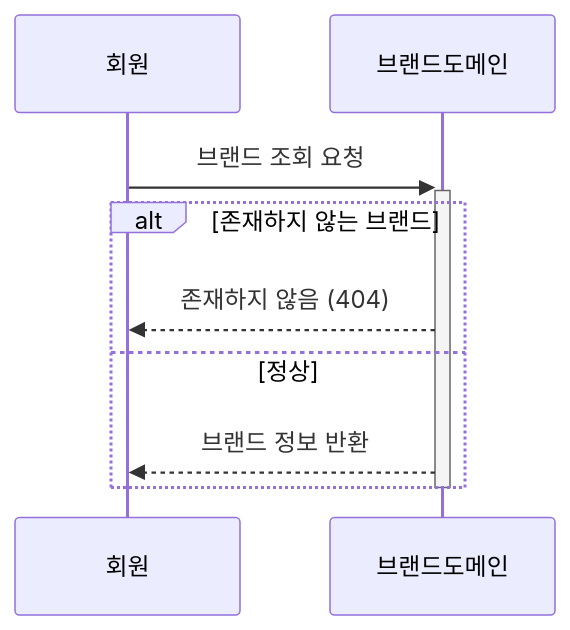
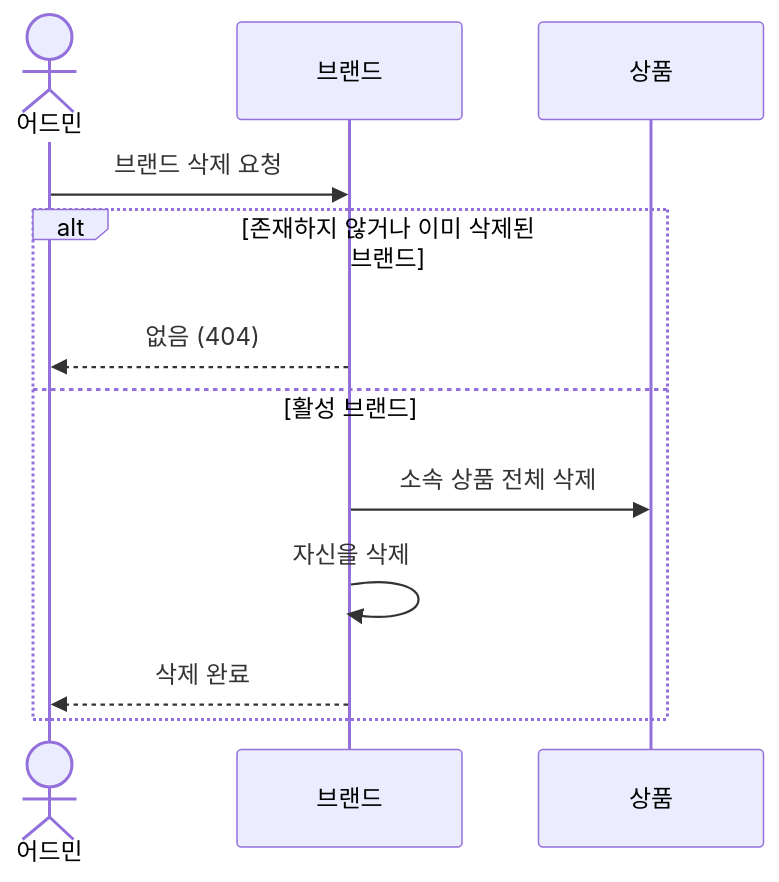
Before and after one commit to loopers-labs/loop-pack-be-l2-vol4-java: the first of 6 diagrams in docs/week2/02-sequence-diagrams.md, drawn with Mermaid. The commit also changed other lines of this file and 1 other file, not shown here.

````diff
--- a/docs/week2/02-sequence-diagrams.md
+++ b/docs/week2/02-sequence-diagrams.md
@@ -17,13 +36,15 @@
 ```mermaid
 sequenceDiagram
-    participant 회원
-    participant 브랜드도메인
+    actor A as 어드민
+    participant B as 브랜드
+    participant P as 상품
 
-    회원->>+브랜드도메인: 브랜드 조회 요청
-    alt 존재하지 않는 브랜드
-        브랜드도메인-->>회원: 존재하지 않음 (404)
-    else 정상
-        브랜드도메인-->>회원: 브랜드 정보 반환
+    A->>B: 브랜드 삭제 요청
+    alt 존재하지 않거나 이미 삭제된 브랜드
+        B-->>A: 없음 (404)
+    else 활성 브랜드
+        B->>P: 소속 상품 전체 삭제
+        B->>B: 자신을 삭제
+        B-->>A: 삭제 완료
     end
-    deactivate 브랜드도메인
 ```
````
